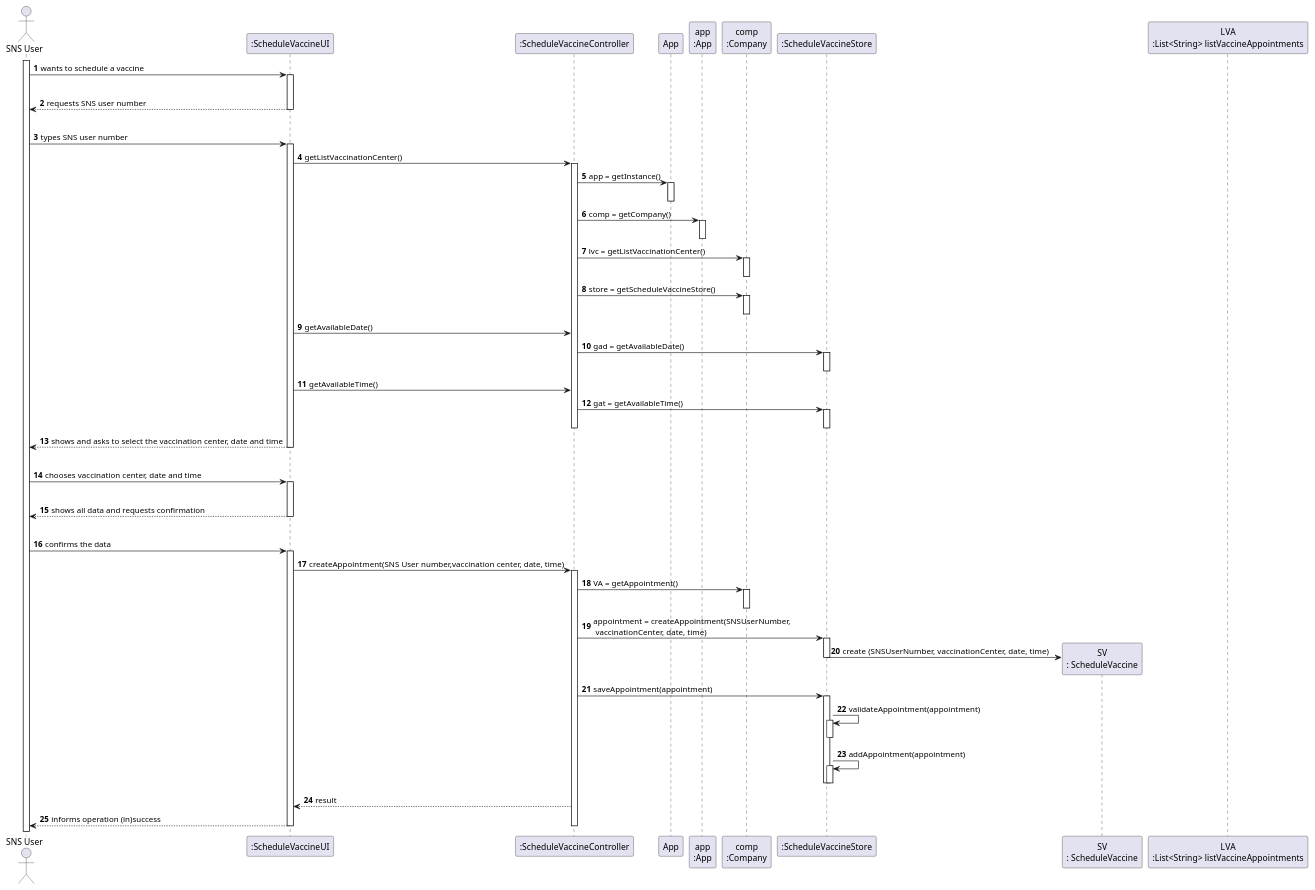
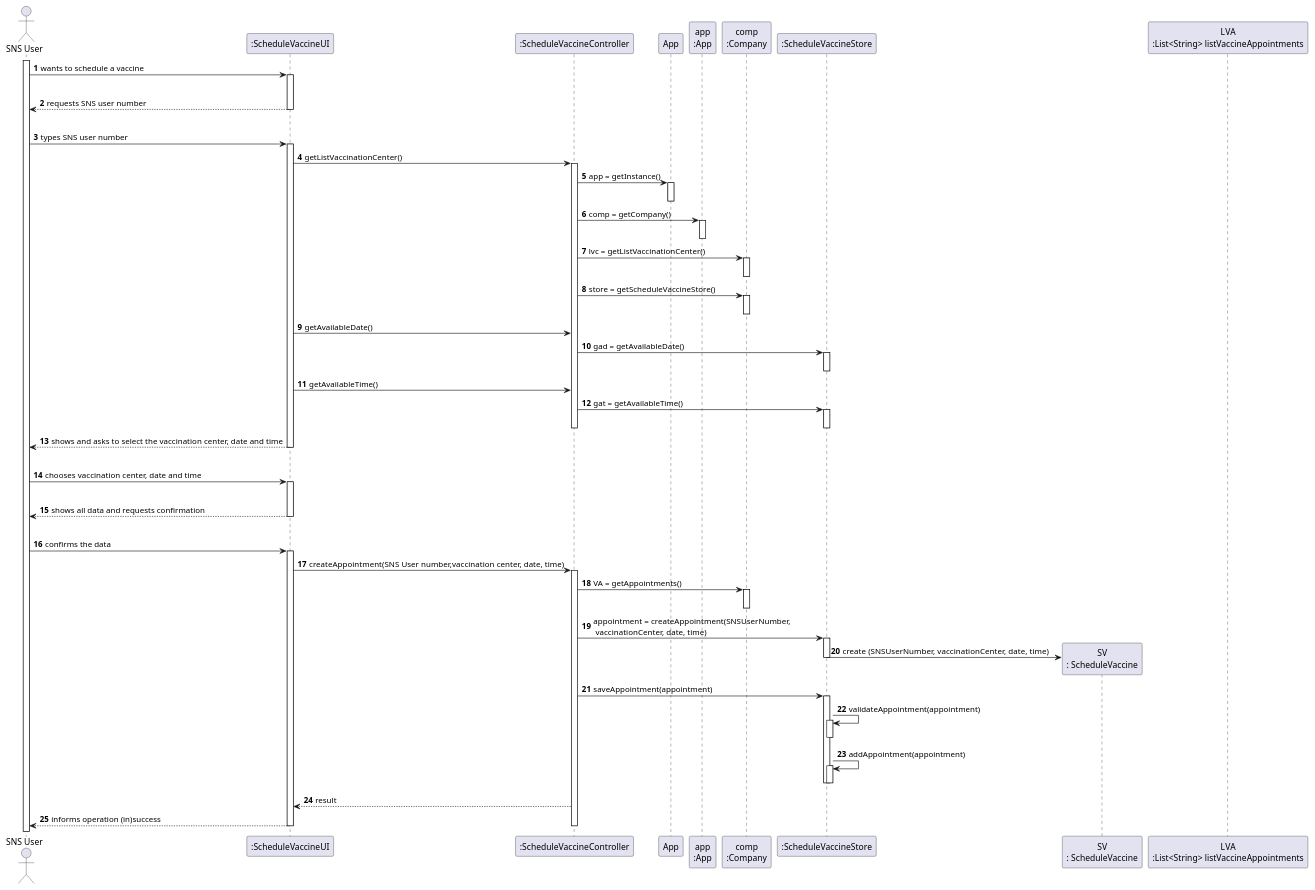
Before and after one commit to diogonapoles/isep-lapr2: the diagram in docs/SprintC/US1/US1_SD.puml, drawn with PlantUML. The commit also changed 1 other file, not shown here.

```diff
--- a/docs/SprintC/US1/US1_SD.puml
+++ b/docs/SprintC/US1/US1_SD.puml
@@ -1,92 +1,90 @@
 @startuml
 'https://plantuml.com/sequence-diagram
 
 autonumber
 'hide footbox
 actor "SNS User" as USER
 
 participant ":ScheduleVaccineUI" as UI
 participant ":ScheduleVaccineController" as CTRL
 participant "App" as _APP
 participant "app\n:App" as APP
 participant "comp\n:Company" as COMP
 participant ":ScheduleVaccineStore" as STORE
 participant "SV\n: ScheduleVaccine" as SV
 participant "LVA\n:List<String> listVaccineAppointments" as LVA
 
 activate USER
 USER -> UI : wants to schedule a vaccine
 activate UI
 |||
 UI --> USER : requests SNS user number
 deactivate UI
 |||
 
 
 USER -> UI : types SNS user number
 activate UI
 UI -> CTRL : getListVaccinationCenter()
 activate CTRL
 CTRL -> _APP : app = getInstance()
 activate _APP
 deactivate _APP
 CTRL -> APP : comp = getCompany()
 activate APP
 deactivate APP
 CTRL -> COMP : lvc = getListVaccinationCenter()
 activate COMP
 deactivate COMP
 CTRL -> COMP : store = getScheduleVaccineStore()
 activate COMP
 deactivate COMP
 UI -> CTRL : getAvailableDate()
 CTRL -> STORE : gad = getAvailableDate()
 activate STORE
 deactivate STORE
 UI -> CTRL : getAvailableTime()
 CTRL -> STORE : gat = getAvailableTime()
 activate STORE
 deactivate STORE
 deactivate CTRL
 UI --> USER : shows and asks to select the vaccination center, date and time
 deactivate UI
 |||
 
 
 
-
-
 USER -> UI : chooses vaccination center, date and time
 activate UI
 |||
 UI --> USER: shows all data and requests confirmation
 deactivate UI
 |||
 
 
 USER -> UI : confirms the data
 activate UI
 UI -> CTRL : createAppointment(SNS User number,vaccination center, date, time)
 activate CTRL
-CTRL -> COMP : VA = getAppointment()
+CTRL -> COMP : VA = getAppointments()
 activate COMP
 deactivate COMP
 CTRL -> STORE : appointment = createAppointment(SNSUserNumber, \n vaccinationCenter, date, time)
 activate STORE
 STORE -> SV ** : create (SNSUserNumber, vaccinationCenter, date, time)
 deactivate STORE
 CTRL -> STORE : saveAppointment(appointment)
 activate STORE
 STORE -> STORE : validateAppointment(appointment)
 activate STORE
 deactivate STORE
 STORE -> STORE : addAppointment(appointment)
 activate STORE
 deactivate STORE
 deactivate STORE
 CTRL --> UI : result
 UI --> USER : informs operation (in)success
 
 deactivate CTRL
 deactivate UI
 @enduml
```
